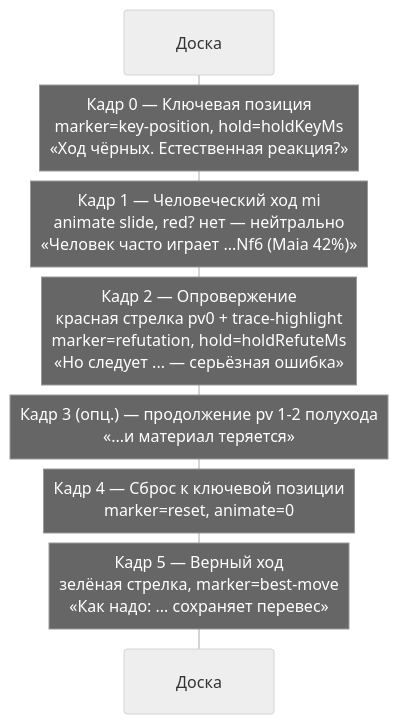
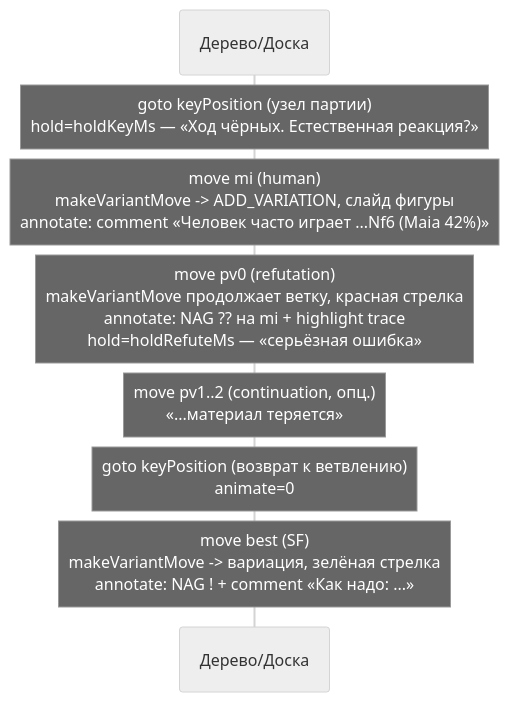
Before and after one commit to StasPiv/kingside: the second of 3 diagrams in docs/adr/165-algorithmic-visual-position-review.md, drawn with Mermaid (neutral theme). The commit also changed other lines of this file, not shown here.

Commit message:
docs(adr): ADR-165 rev2 — разбор пишется в дерево партии как варианты, без scratch [KS-4942]

````diff
--- a/docs/adr/165-algorithmic-visual-position-review.md
+++ b/docs/adr/165-algorithmic-visual-position-review.md
@@ -131,10 +133,10 @@
 ```mermaid
 sequenceDiagram
-    participant B as Доска
-    Note over B: Кадр 0 — Ключевая позиция<br/>marker=key-position, hold=holdKeyMs<br/>«Ход чёрных. Естественная реакция?»
-    Note over B: Кадр 1 — Человеческий ход mi<br/>animate slide, red? нет — нейтрально<br/>«Человек часто играет ...Nf6 (Maia 42%)»
-    Note over B: Кадр 2 — Опровержение<br/>красная стрелка pv0 + trace-highlight<br/>marker=refutation, hold=holdRefuteMs<br/>«Но следует ... — серьёзная ошибка»
-    Note over B: Кадр 3 (опц.) — продолжение pv 1-2 полухода<br/>«...и материал теряется»
-    Note over B: Кадр 4 — Сброс к ключевой позиции<br/>marker=reset, animate=0
-    Note over B: Кадр 5 — Верный ход<br/>зелёная стрелка, marker=best-move<br/>«Как надо: ... сохраняет перевес»
+    participant T as Дерево/Доска
+    Note over T: goto keyPosition (узел партии)<br/>hold=holdKeyMs — «Ход чёрных. Естественная реакция?»
+    Note over T: move mi (human)<br/>makeVariantMove -> ADD_VARIATION, слайд фигуры<br/>annotate: comment «Человек часто играет ...Nf6 (Maia 42%)»
+    Note over T: move pv0 (refutation)<br/>makeVariantMove продолжает ветку, красная стрелка<br/>annotate: NAG ?? на mi + highlight trace<br/>hold=holdRefuteMs — «серьёзная ошибка»
+    Note over T: move pv1..2 (continuation, опц.)<br/>«...материал теряется»
+    Note over T: goto keyPosition (возврат к ветвлению)<br/>animate=0
+    Note over T: move best (SF)<br/>makeVariantMove -> вариация, зелёная стрелка<br/>annotate: NAG ! + comment «Как надо: ...»
 ```
````
